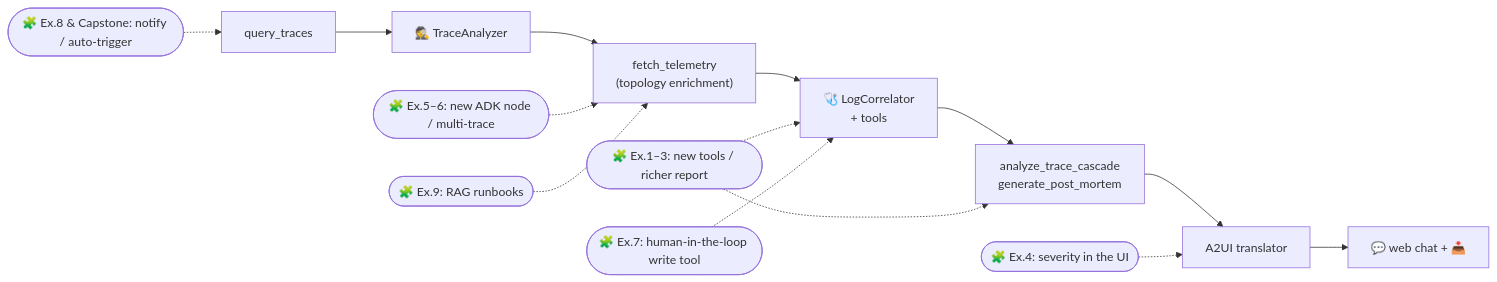
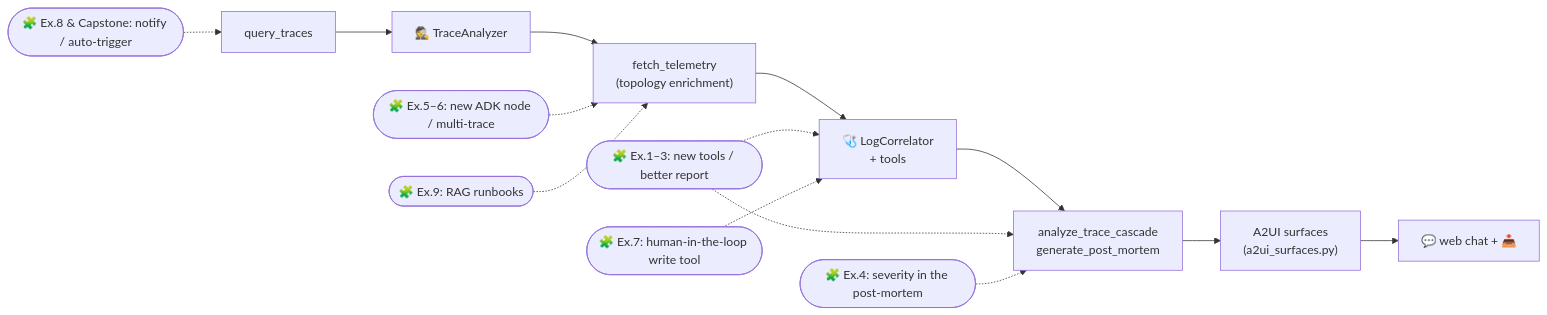
One commit to xSAVIKx/sre-agent changed the diagram in EXERCISES.md. Above: the diagram before and after it, drawn with Mermaid. The commit also changed other lines of this file and 12 other files, not shown here.

````diff
--- a/EXERCISES.md
+++ b/EXERCISES.md
@@ -55,14 +70,14 @@
 ```mermaid
 flowchart LR
     Q["query_traces"] --> TA["🕵️ TraceAnalyzer"]
     TA --> FT["fetch_telemetry<br/>(topology enrichment)"]
     FT --> LC["🩺 LogCorrelator<br/>+ tools"]
     LC --> PM["analyze_trace_cascade<br/>generate_post_mortem"]
-    PM --> A2["A2UI translator"] --> UI["💬 web chat + 📥"]
-    E1(["🧩 Ex.1–3: new tools / richer report"]) -.-> LC & PM
-    E2(["🧩 Ex.4: severity in the UI"]) -.-> A2
+    PM --> A2["A2UI surfaces<br/>(a2ui_surfaces.py)"] --> UI["💬 web chat + 📥"]
+    E1(["🧩 Ex.1–3: new tools / better report"]) -.-> LC & PM
+    E2(["🧩 Ex.4: severity in the post-mortem"]) -.-> PM
     E3(["🧩 Ex.5–6: new ADK node / multi-trace"]) -.-> FT
     E4(["🧩 Ex.7: human-in-the-loop write tool"]) -.-> LC
     E5(["🧩 Ex.9: RAG runbooks"]) -.-> FT
     E6(["🧩 Ex.8 & Capstone: notify / auto-trigger"]) -.-> Q
 ```
````
